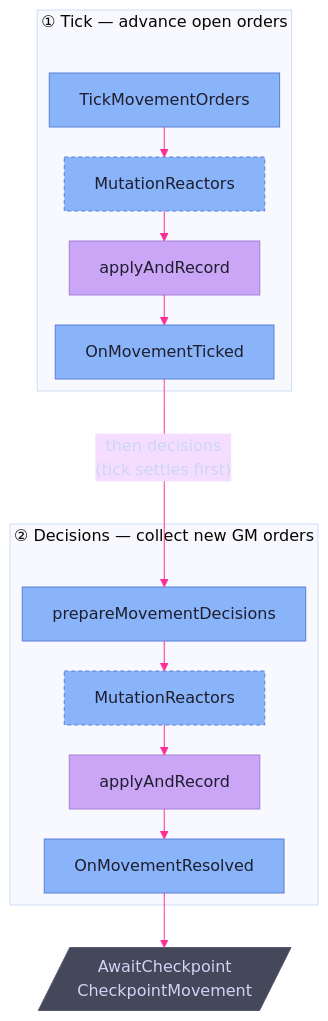
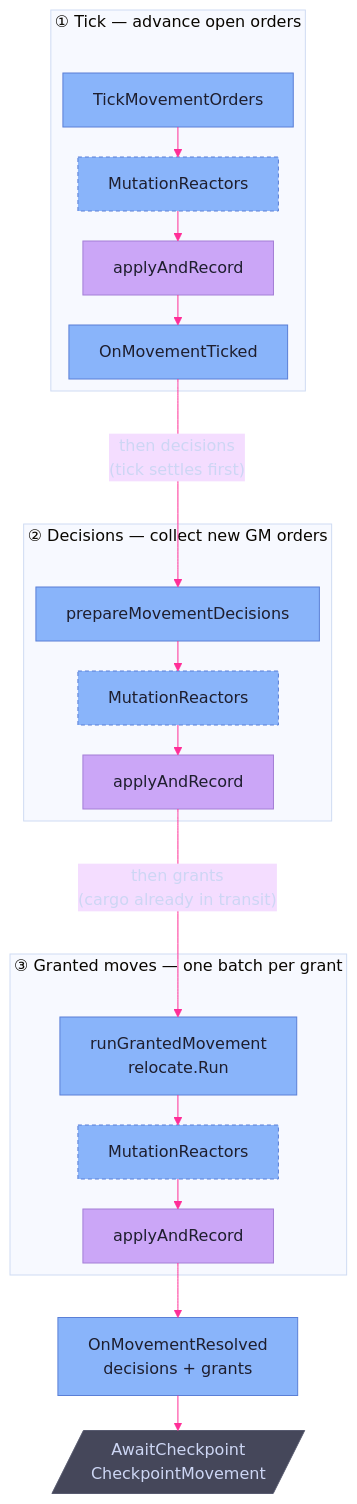
The diagram in docs/architecture/engine/world-movement.md (therobertcrocker/gm-toolkit), drawn with Mermaid before and after one commit. The commit also changed other lines of this file and 39 other files, not shown here.

````diff
--- a/docs/architecture/engine/world-movement.md
+++ b/docs/architecture/engine/world-movement.md
@@ -122,31 +134,38 @@
 ```mermaid
 ---
 config:
   layout: elk
   elk:
     nodePlacementStrategy: NETWORK_SIMPLEX
   theme: base
   themeVariables:
     background: '#1e1e2e'
     primaryTextColor: '#cdd6f4'
     lineColor: '#ff2e97'
 ---
 flowchart TD
   subgraph Tick["① Tick — advance open orders"]
     direction LR
     TickOrders["TickMovementOrders"]:::process --> TReact["MutationReactors"]:::cond --> TApply["applyAndRecord"]:::core --> TNotify["OnMovementTicked"]:::process
   end
   subgraph Decisions["② Decisions — collect new GM orders"]
     direction LR
-    Prepare["prepareMovementDecisions"]:::process --> DReact["MutationReactors"]:::cond --> DApply["applyAndRecord"]:::core --> DNotify["OnMovementResolved"]:::process
+    Prepare["prepareMovementDecisions"]:::process --> DReact["MutationReactors"]:::cond --> DApply["applyAndRecord"]:::core
   end
+  subgraph Grants["③ Granted moves — one batch per grant"]
+    direction LR
+    Grant["runGrantedMovement<br>relocate.Run"]:::process --> GReact["MutationReactors"]:::cond --> GApply["applyAndRecord"]:::core
+  end
+  Resolved["OnMovementResolved<br>decisions + grants"]:::process
   Checkpoint[/"AwaitCheckpoint<br>CheckpointMovement"/]:::muted
 
   TNotify -- "then decisions<br>(tick settles first)" --> Prepare
-  DNotify --> Checkpoint
+  DApply -- "then grants<br>(cargo already in transit)" --> Grant
+  GApply --> Resolved
+  Resolved --> Checkpoint
 
   classDef process fill:#89b4fa,stroke:#5a7fd6,color:#1e1e2e
   classDef core    fill:#cba6f7,stroke:#a47fd6,color:#1e1e2e
   classDef cond    fill:#89b4fa,stroke:#5a7fd6,color:#1e1e2e,stroke-dasharray:4 3
   classDef muted   fill:#45475a,stroke:#585b70,color:#cdd6f4
 ```
````
